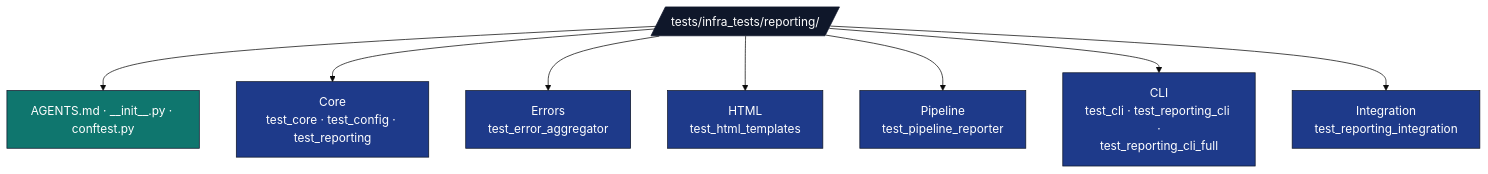
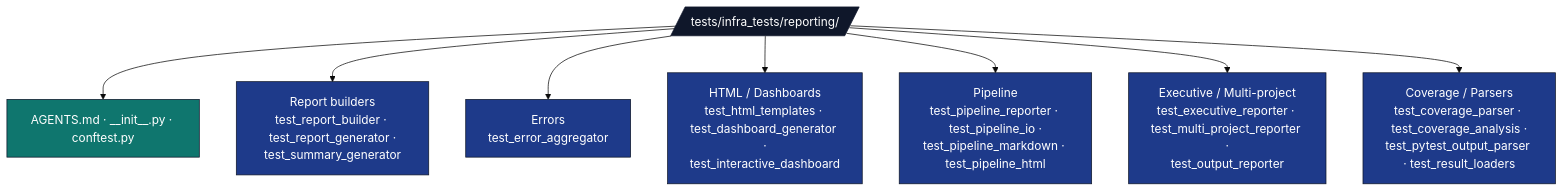
One commit to docxology/template changed the diagram in tests/infra_tests/reporting/AGENTS.md. Above: the diagram before and after it, drawn with Mermaid (base theme). The commit also changed other lines of this file and 952 other files, not shown here.

````diff
--- a/tests/infra_tests/reporting/AGENTS.md
+++ b/tests/infra_tests/reporting/AGENTS.md
@@ -9,18 +9,18 @@
 ```mermaid
 flowchart TB
     T[/tests/infra_tests/reporting//]
     T --> META[AGENTS.md · __init__.py · conftest.py]
-    T --> CORE[Core<br/>test_core · test_config · test_reporting]
+    T --> CORE[Report builders<br/>test_report_builder · test_report_generator ·<br/>test_summary_generator]
     T --> ERR[Errors<br/>test_error_aggregator]
-    T --> HTML[HTML<br/>test_html_templates]
-    T --> PIPE[Pipeline<br/>test_pipeline_reporter]
-    T --> CLI[CLI<br/>test_cli · test_reporting_cli ·<br/>test_reporting_cli_full]
-    T --> INTEG[Integration<br/>test_reporting_integration]
+    T --> HTML[HTML / Dashboards<br/>test_html_templates · test_dashboard_generator ·<br/>test_interactive_dashboard]
+    T --> PIPE[Pipeline<br/>test_pipeline_reporter · test_pipeline_io ·<br/>test_pipeline_markdown · test_pipeline_html]
+    T --> CLI[Executive / Multi-project<br/>test_executive_reporter · test_multi_project_reporter ·<br/>test_output_reporter]
+    T --> INTEG[Coverage / Parsers<br/>test_coverage_parser · test_coverage_analysis ·<br/>test_pytest_output_parser · test_result_loaders]
 
     classDef d fill:#0f172a,stroke:#0f172a,color:#fff
     classDef cat fill:#1e3a8a,stroke:#0f172a,color:#fff
     classDef doc fill:#0f766e,stroke:#0f172a,color:#fff
     class T d
     class CORE,ERR,HTML,PIPE,CLI,INTEG cat
     class META doc
 ```
````
